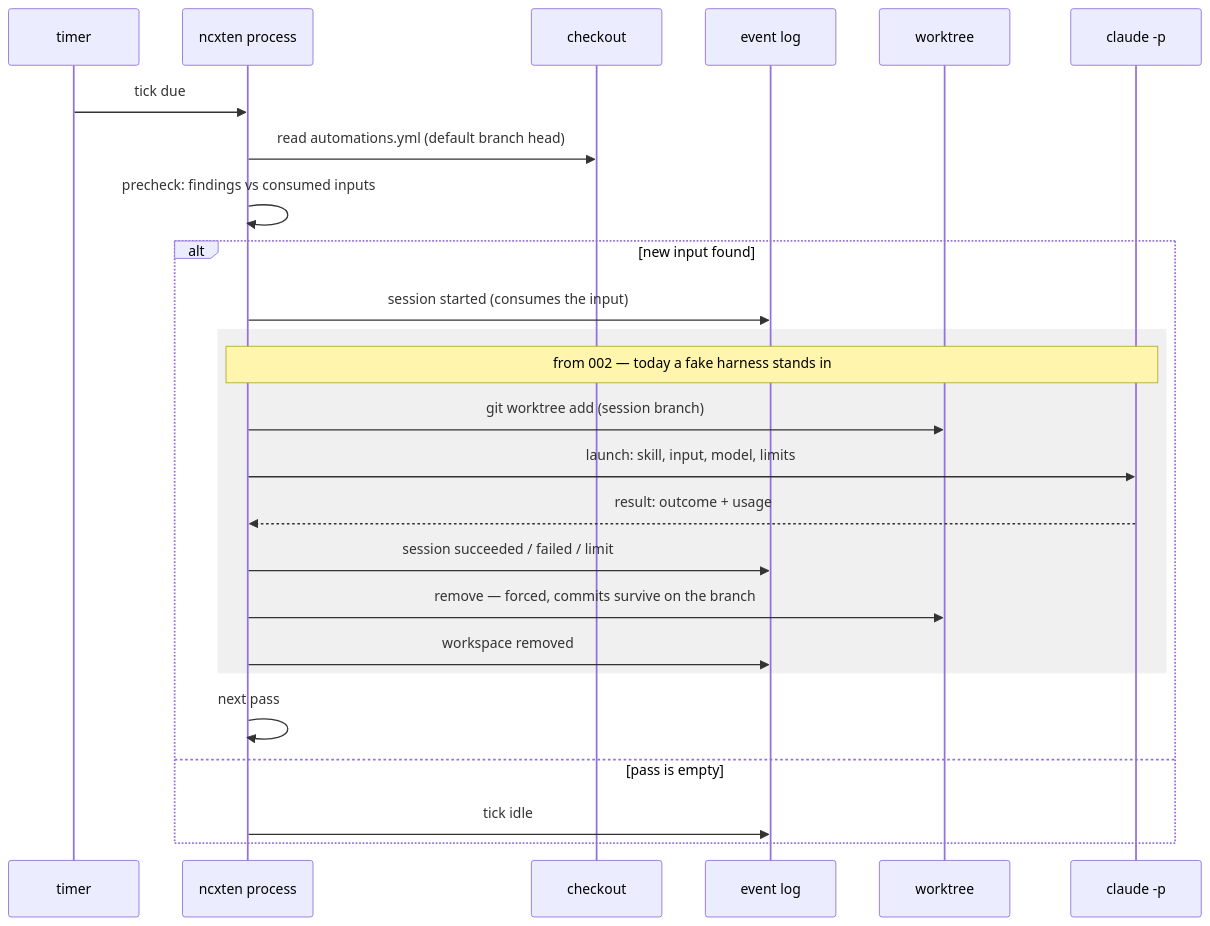
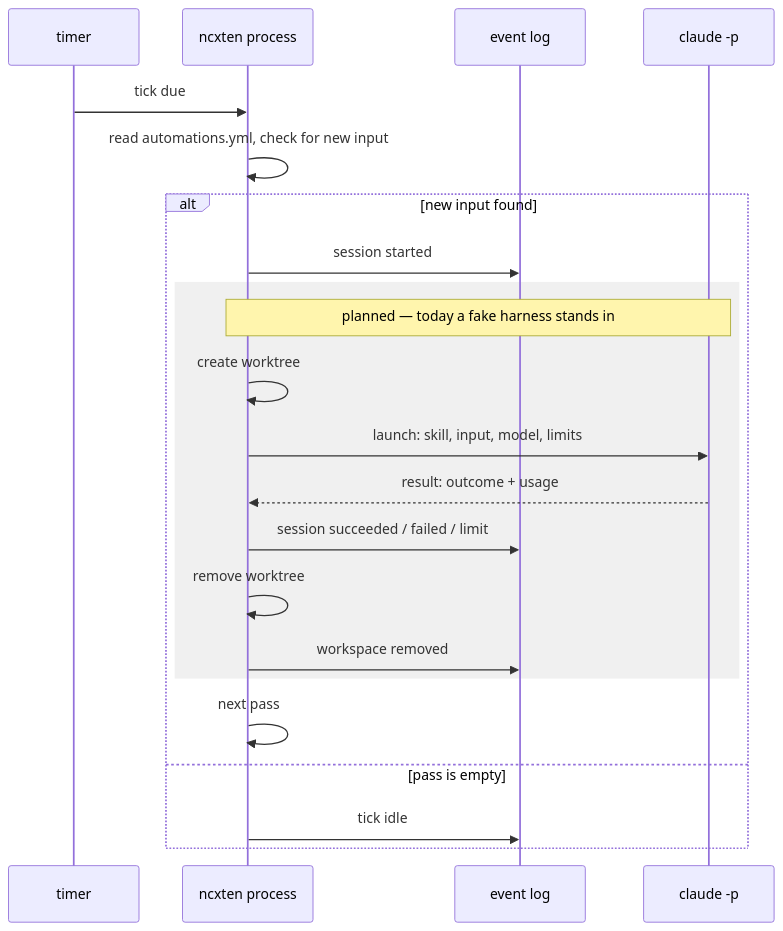
One commit to dazz/ncxten changed the third of 5 diagrams in docs/content/docs/how-it-works.md. Above: the diagram before and after it, drawn with Mermaid. The commit also changed other lines of this file and 5 other files, not shown here.

First line of the commit message:
docs: first-reader pass — glossary, simpler diagrams, no spec references

````diff
--- a/docs/content/docs/how-it-works.md
+++ b/docs/content/docs/how-it-works.md
@@ -77,27 +74,24 @@
 ```mermaid
 sequenceDiagram
   participant T as timer
   participant N as ncxten process
-  participant C as checkout
   participant L as event log
-  participant W as worktree
   participant A as claude -p
   T->>N: tick due
-  N->>C: read automations.yml (default branch head)
-  N->>N: precheck: findings vs consumed inputs
+  N->>N: read automations.yml, check for new input
   alt new input found
-    N->>L: session started (consumes the input)
+    N->>L: session started
     rect rgba(128,128,128,0.12)
-      Note over N,A: from 002 — today a fake harness stands in
-      N->>W: git worktree add (session branch)
+      Note over N,A: planned — today a fake harness stands in
+      N->>N: create worktree
       N->>A: launch: skill, input, model, limits
       A-->>N: result: outcome + usage
       N->>L: session succeeded / failed / limit
-      N->>W: remove — forced, commits survive on the branch
+      N->>N: remove worktree
       N->>L: workspace removed
     end
     N->>N: next pass
   else pass is empty
     N->>L: tick idle
   end
 ```
````
